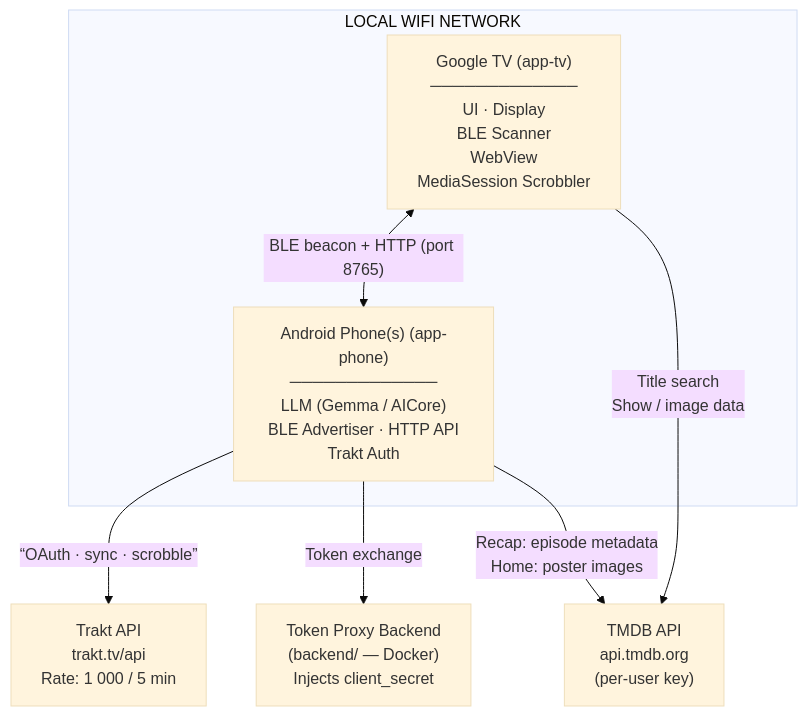
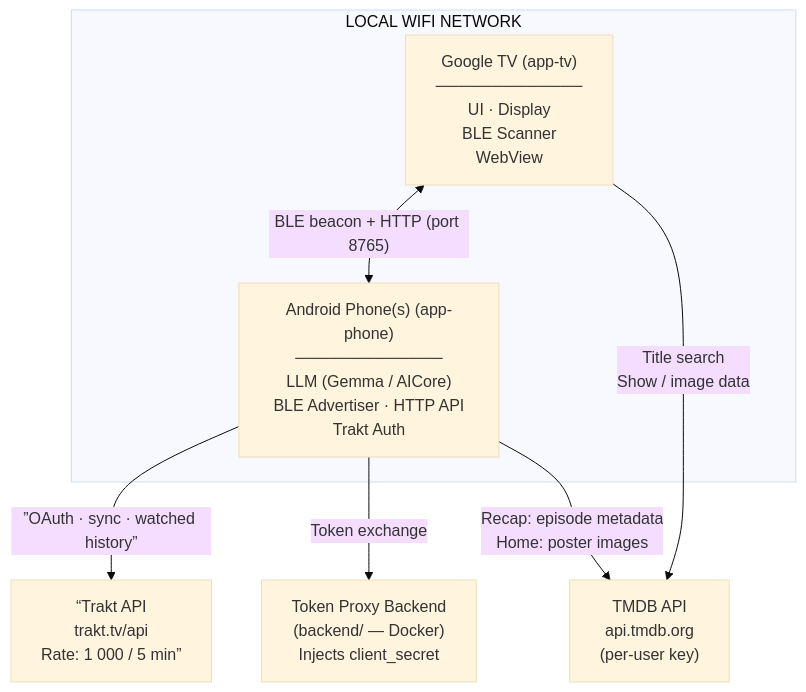
One commit to justb81/watchbuddy changed the first of 3 diagrams in docs/architecture.md. Above: the diagram before and after it, drawn with Mermaid (base theme). The commit also changed other lines of this file and 74 other files, not shown here.

````diff
--- a/docs/architecture.md
+++ b/docs/architecture.md
@@ -5,13 +5,13 @@
 ```mermaid
 graph TB
     subgraph WIFI["LOCAL WIFI NETWORK"]
-        TV["Google TV (app-tv)\n─────────────\nUI · Display\nBLE Scanner\nWebView\nMediaSession Scrobbler"]
+        TV["Google TV (app-tv)\n─────────────\nUI · Display\nBLE Scanner\nWebView"]
         Phone["Android Phone(s) (app-phone)\n─────────────\nLLM (Gemma / AICore)\nBLE Advertiser · HTTP API\nTrakt Auth"]
         TV <-->|"BLE beacon + HTTP (port 8765)"| Phone
     end
 
-    Phone -->|“OAuth · sync · scrobble”| Trakt["Trakt API\ntrakt.tv/api\nRate: 1 000 / 5 min"]
+    Phone -->|”OAuth · sync · watched history”| Trakt[“Trakt API\ntrakt.tv/api\nRate: 1 000 / 5 min”]
     Phone -->|"Token exchange"| Backend["Token Proxy Backend\n(backend/ — Docker)\nInjects client_secret"]
     Phone -->|"Recap: episode metadata\nHome: poster images"| TMDB["TMDB API\napi.tmdb.org\n(per-user key)"]
     TV -->|"Title search\nShow / image data"| TMDB
 ```
````
